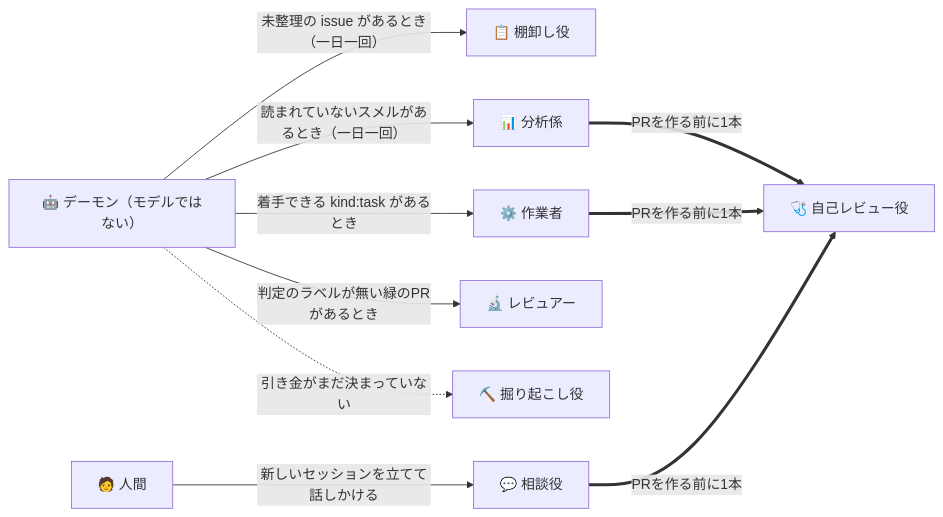
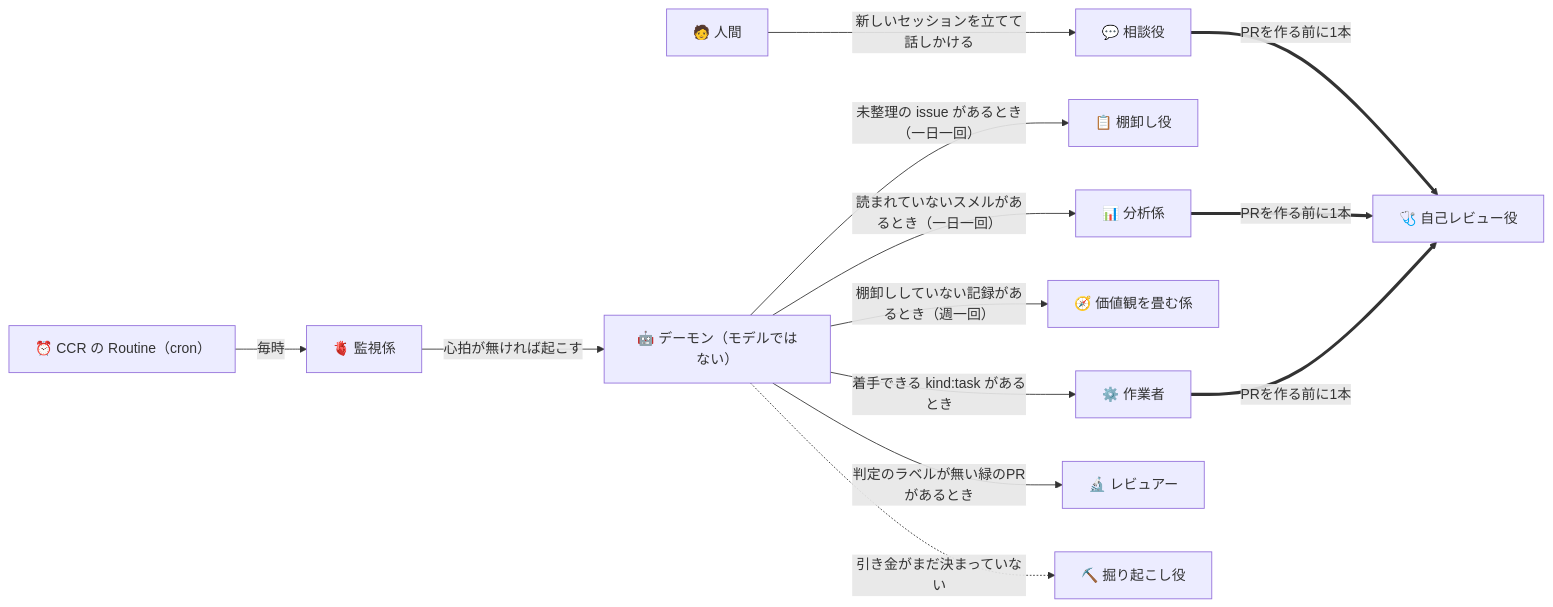
The first of 5 diagrams in docs/ParallelAgents.md (gooyyu1/UnmappedIsland), drawn with Mermaid before and after one commit. The commit also changed other lines of this file and 10 other files, not shown here.

````diff
--- a/docs/ParallelAgents.md
+++ b/docs/ParallelAgents.md
@@ -28,22 +28,28 @@
 ```mermaid
 flowchart LR
     Human["🧑 人間"]
+    Cron["⏰ CCR の Routine（cron）"]
+    Watch["🫀 監視係"]
     Daemon["🤖 デーモン（モデルではない）"]
     Adviser["💬 相談役"]
     Triage["📋 棚卸し役"]
     Analysis["📊 分析係"]
+    Policy["🧭 価値観を畳む係"]
     Reviewer["🔬 レビュアー"]
     Worker["⚙️ 作業者"]
     SelfReview["🩺 自己レビュー役"]
     Digger["⛏️ 掘り起こし役"]
 
     Human -->|"新しいセッションを立てて話しかける"| Adviser
+    Cron -->|"毎時"| Watch
+    Watch -->|"心拍が無ければ起こす"| Daemon
     Daemon -->|"未整理の issue があるとき（一日一回）"| Triage
     Daemon -->|"読まれていないスメルがあるとき（一日一回）"| Analysis
+    Daemon -->|"棚卸ししていない記録があるとき（週一回）"| Policy
     Daemon -->|"着手できる kind:task があるとき"| Worker
     Daemon -->|"判定のラベルが無い緑のPRがあるとき"| Reviewer
     Daemon -.->|"引き金がまだ決まっていない"| Digger
     Worker ==>|"PRを作る前に1本"| SelfReview
     Analysis ==>|"PRを作る前に1本"| SelfReview
     Adviser ==>|"PRを作る前に1本"| SelfReview
 ```
````
